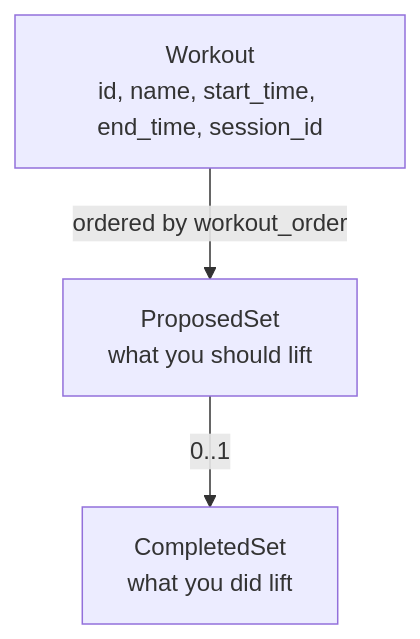
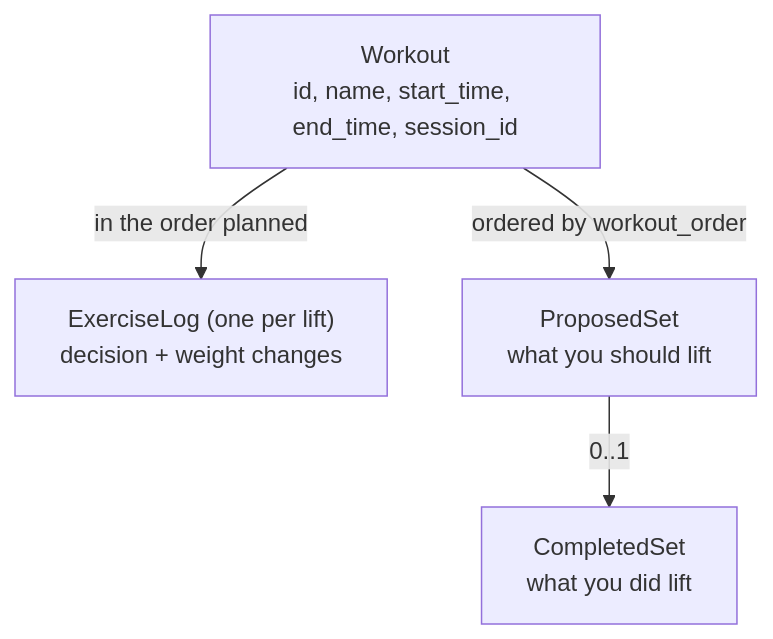
One commit to brensch/lift changed the second of 7 diagrams in docs/architecture/workout-lifecycle.md. Above: the diagram before and after it, drawn with Mermaid. The commit also changed other lines of this file and 160 other files, not shown here.

````diff
--- a/docs/architecture/workout-lifecycle.md
+++ b/docs/architecture/workout-lifecycle.md
@@ -28,9 +32,11 @@
 ```mermaid
 graph TD
     W["Workout<br/>id, name, start_time, end_time, session_id"]
+    L["ExerciseLog (one per lift)<br/>decision + weight changes"]
     PS["ProposedSet<br/>what you should lift"]
     CS["CompletedSet<br/>what you did lift"]
 
+    W -->|"in the order planned"| L
     W -->|"ordered by workout_order"| PS
     PS -->|"0..1"| CS
 ```
````
